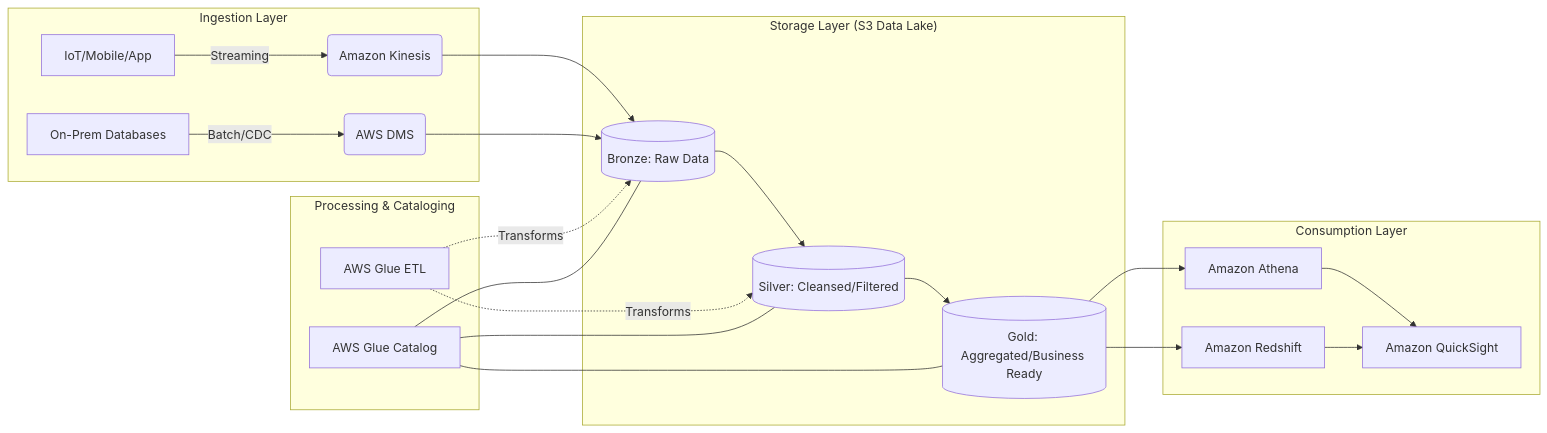
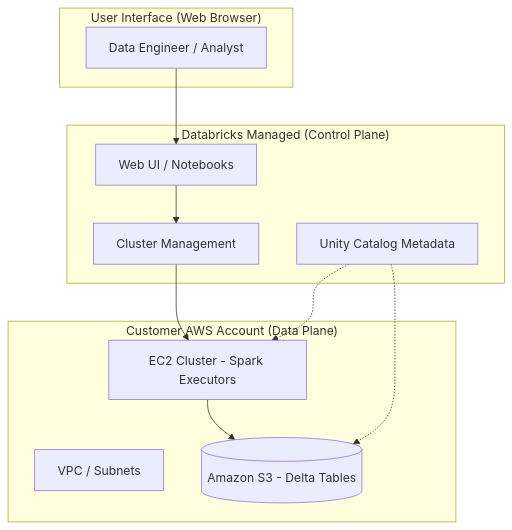
One commit to DataTechBridge-Projects/databricks-trainer changed the first of 14 diagrams in output/complete_course.md. Above: the diagram before and after it, drawn with Mermaid. The commit also changed other lines of this file and 33 other files, not shown here.

````diff
--- a/output/complete_course.md
+++ b/output/complete_course.md
@@ -109,29 +120,25 @@
 ```mermaid
-graph LR
-    subgraph "Ingestion Layer"
-        A[IoT/Mobile/App] -->|Streaming| B(Amazon Kinesis)
-        C[On-Prem Databases] -->|Batch/CDC| D(AWS DMS)
+graph TD
+    subgraph "User Interface (Web Browser)"
+        A[Data Engineer / Analyst]
     end
 
-    subgraph "Storage Layer (S3 Data Lake)"
-        B --> E[(Bronze: Raw Data)]
-        D --> E
-        E --> F[(Silver: Cleansed/Filtered)]
-        F --> G[(Gold: Aggregated/Business Ready)]
+    subgraph "Databricks Managed (Control Plane)"
+        B[Web UI / Notebooks]
+        C[Cluster Management]
+        D[Unity Catalog Metadata]
     end
 
-    subgraph "Processing & Cataloging"
-        H[AWS Glue ETL] -.->|Transforms| E
-        H -.->|Transforms| F
-        I[AWS Glue Catalog] --- E
-        I --- F
-        I --- G
+    subgraph "Customer AWS Account (Data Plane)"
+        E[EC2 Cluster - Spark Executors]
+        F[VPC / Subnets]
+        G[(Amazon S3 - Delta Tables)]
     end
 
-    subgraph "Consumption Layer"
-        G --> J[Amazon Athena]
-        G --> K[Amazon Redshift]
-        J --> L[Amazon QuickSight]
-        K --> L
-    end
+    A --> B
+    B --> C
+    C --> E
+    E --> G
+    D -.-> G
+    D -.-> E
 ```
````
